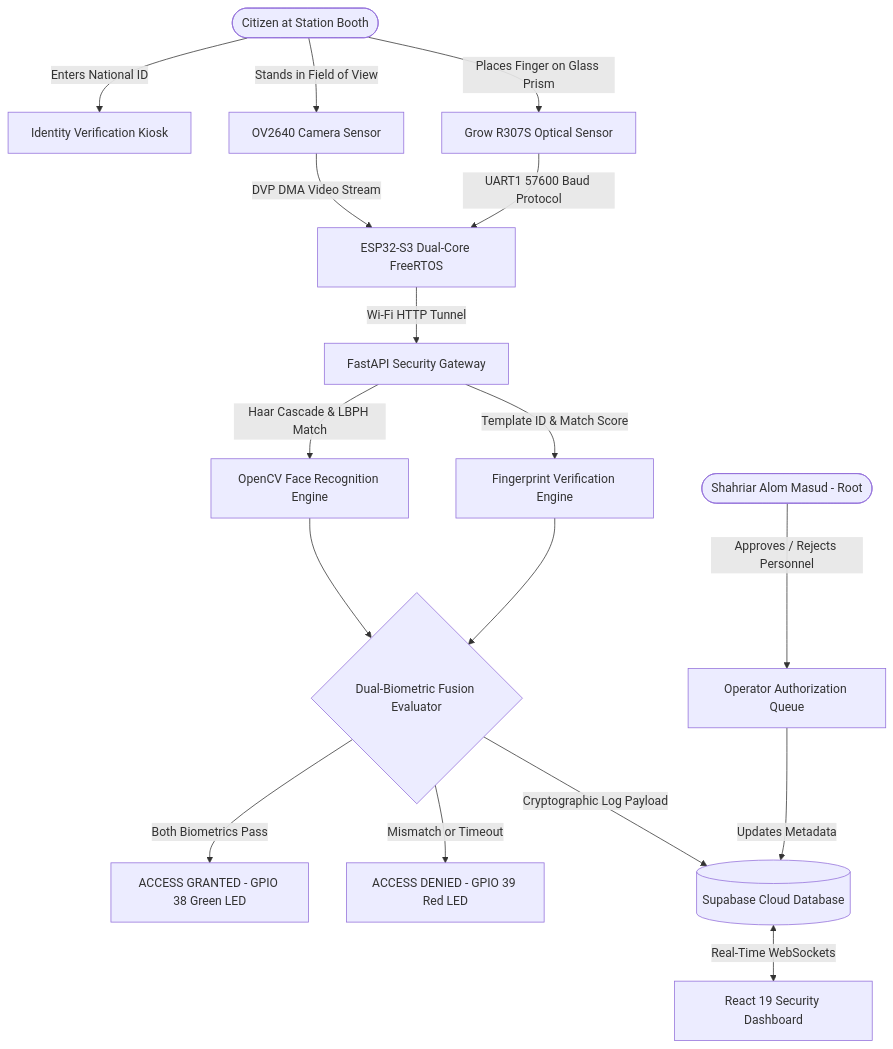
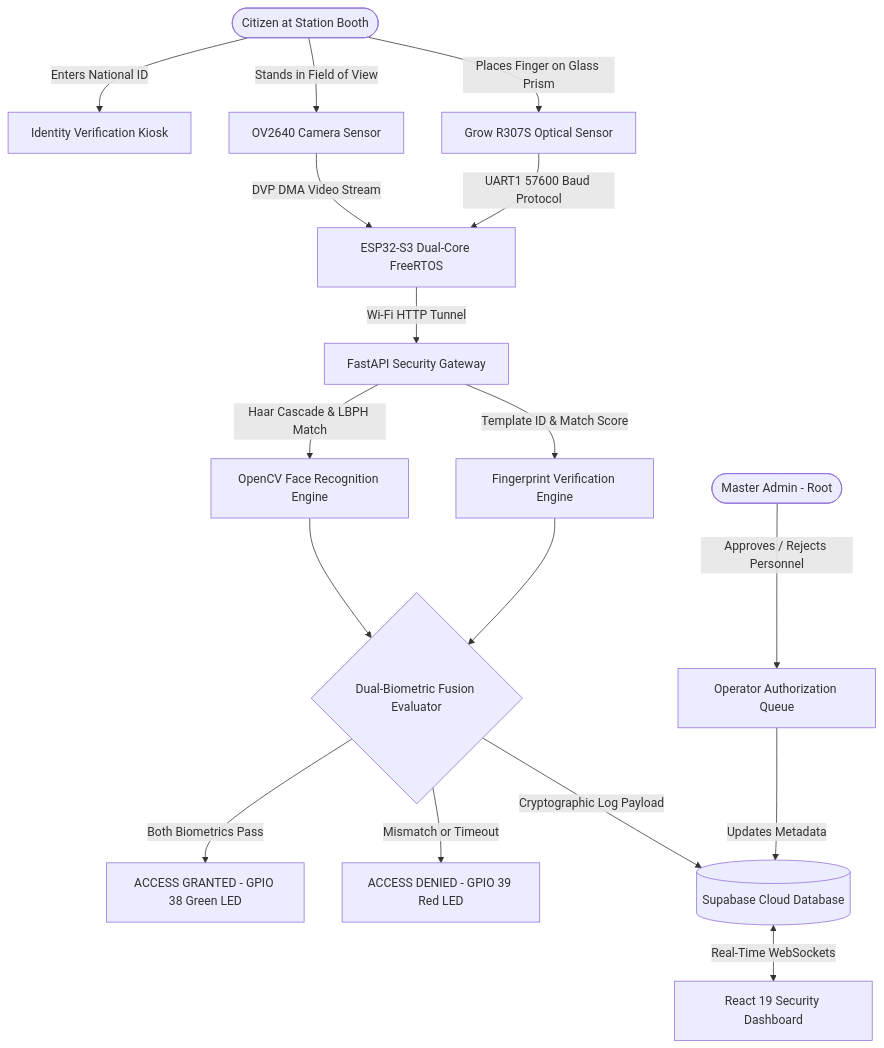
The diagram in README.md (Masud744/NID-SecureGuard), drawn with Mermaid before and after one commit. The commit also changed other lines of this file and 7 other files, not shown here.

Commit message:
feat(auth): set hasan.ire.uftb as sovereign head admin and generalize input placeholders

````diff
--- a/README.md
+++ b/README.md
@@ -109,26 +109,26 @@
 ```mermaid
 graph TD
     Citizen([Citizen at Station Booth]) -->|Enters National ID| Kiosk[Identity Verification Kiosk]
     Citizen -->|Stands in Field of View| Camera[OV2640 Camera Sensor]
     Citizen -->|Places Finger on Glass Prism| Fingerprint[Grow R307S Optical Sensor]
     
     Camera -->|DVP DMA Video Stream| ESP32[ESP32-S3 Dual-Core FreeRTOS]
     Fingerprint -->|UART1 57600 Baud Protocol| ESP32
     
     ESP32 -->|Wi-Fi HTTP Tunnel| Gateway[FastAPI Security Gateway]
     
     Gateway -->|Haar Cascade & LBPH Match| FaceEngine[OpenCV Face Recognition Engine]
     Gateway -->|Template ID & Match Score| FPEngine[Fingerprint Verification Engine]
     
     FaceEngine --> Decision{Dual-Biometric Fusion Evaluator}
     FPEngine --> Decision
     
     Decision -->|Both Biometrics Pass| Granted[ACCESS GRANTED - GPIO 38 Green LED]
     Decision -->|Mismatch or Timeout| Denied[ACCESS DENIED - GPIO 39 Red LED]
     
     Decision -->|Cryptographic Log Payload| Supabase[(Supabase Cloud Database)]
     Supabase <-->|Real-Time WebSockets| Dashboard[React 19 Security Dashboard]
     
-    MasterAdmin([Shahriar Alom Masud - Root]) -->|Approves / Rejects Personnel| AuthQueue[Operator Authorization Queue]
+    MasterAdmin([Master Admin - Root]) -->|Approves / Rejects Personnel| AuthQueue[Operator Authorization Queue]
     AuthQueue -->|Updates Metadata| Supabase
 ```
````
